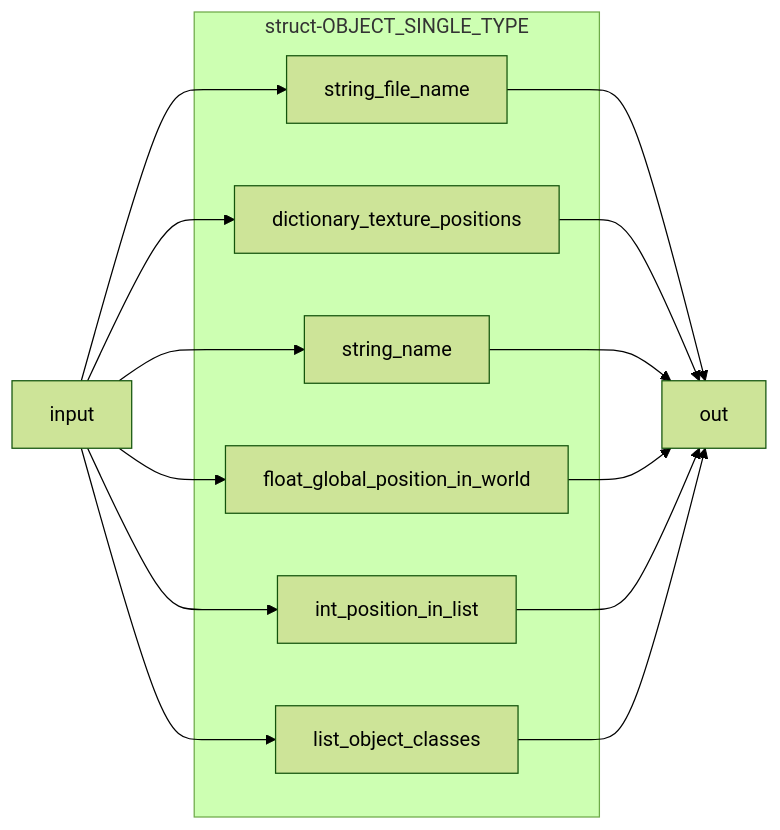
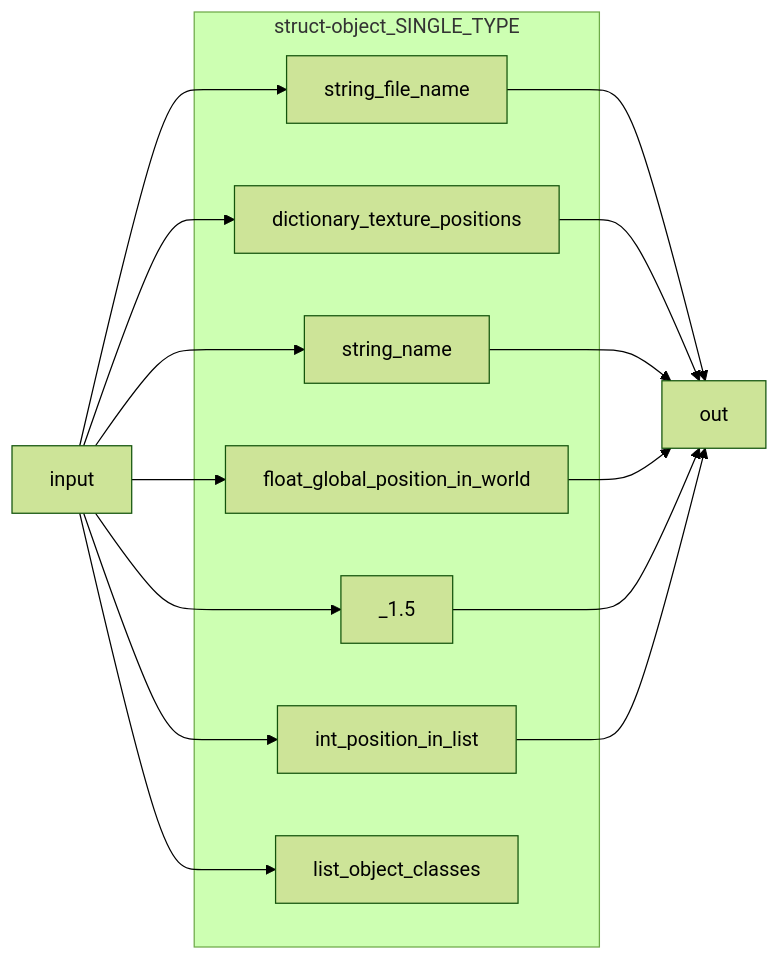
Before and after one commit to UNITY21047/2021-04-22_Raylib_ImGUI_Tiled_Study: the diagram in data/assets/plans/game_objects/object_loading/properties/object_single_type.md, drawn with Mermaid (forest theme). The commit also changed 2 other files, not shown here.

Commit message:
Major Update:
Created some infustructure for calling properties of the object list.

````diff
--- a/data/assets/plans/game_objects/object_loading/properties/object_single_type.md
+++ b/data/assets/plans/game_objects/object_loading/properties/object_single_type.md
@@ -1,29 +1,31 @@
 ``` mermaid
 graph LR
     _1[input]
 
-    subgraph struct-OBJECT_SINGLE_TYPE
+    subgraph struct-object_SINGLE_TYPE
         _1.1[string_file_name]
         _1.2[dictionary_texture_positions]
         _1.3[string_name]
         _1.4[float_global_position_in_world]
-        _1.5[int_position_in_list]
-        _1.6[list_object_classes]
+        _1.5
+        _1.6[int_position_in_list]
+        _1.7[list_object_classes]
 
     end
 
     _1 --> _1.1
     _1 --> _1.2
     _1 --> _1.3
     _1 --> _1.4
     _1 --> _1.5
     _1 --> _1.6
+    _1 --> _1.7
 
     _2[out]
     _1.1 --> _2
     _1.2 --> _2
     _1.3 --> _2
     _1.4 --> _2
     _1.5 --> _2
     _1.6 --> _2
 ```
````
